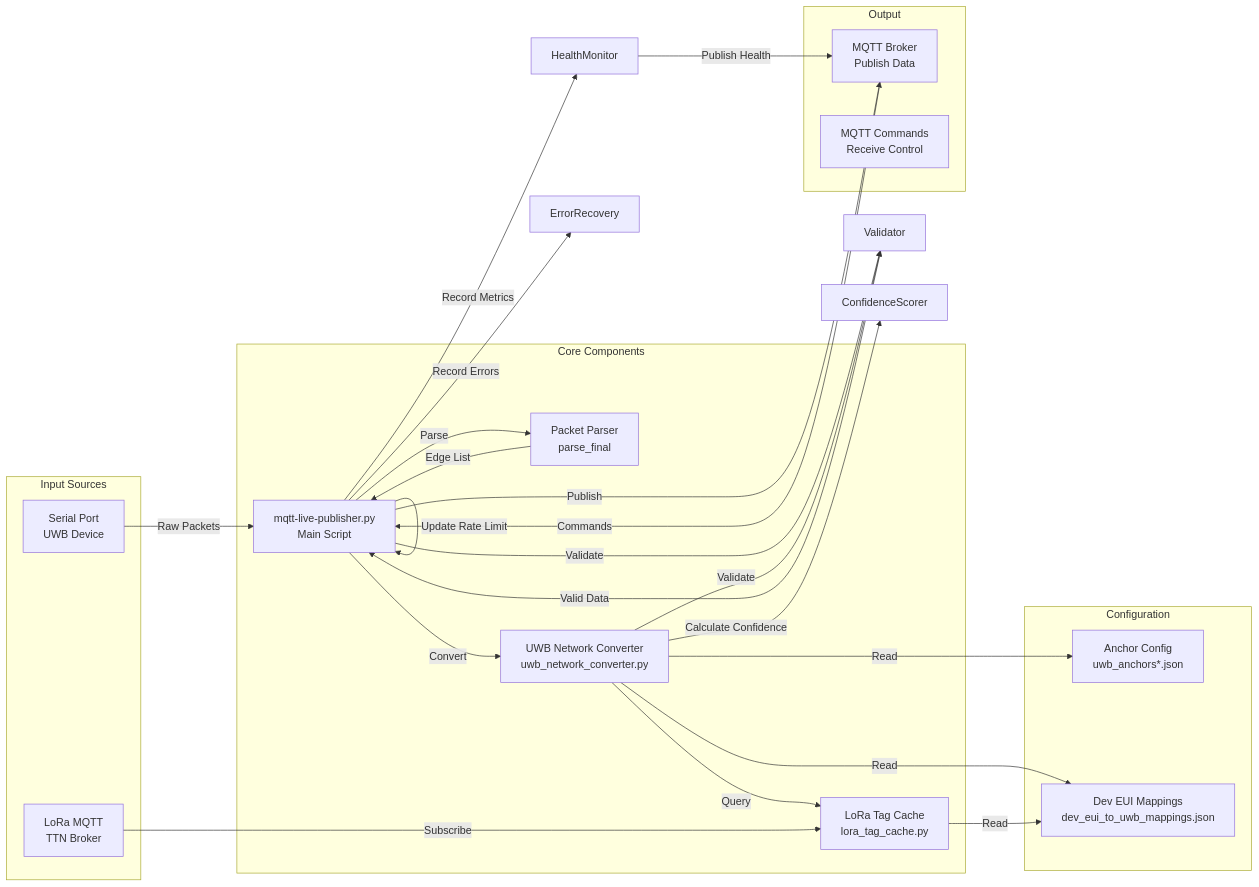
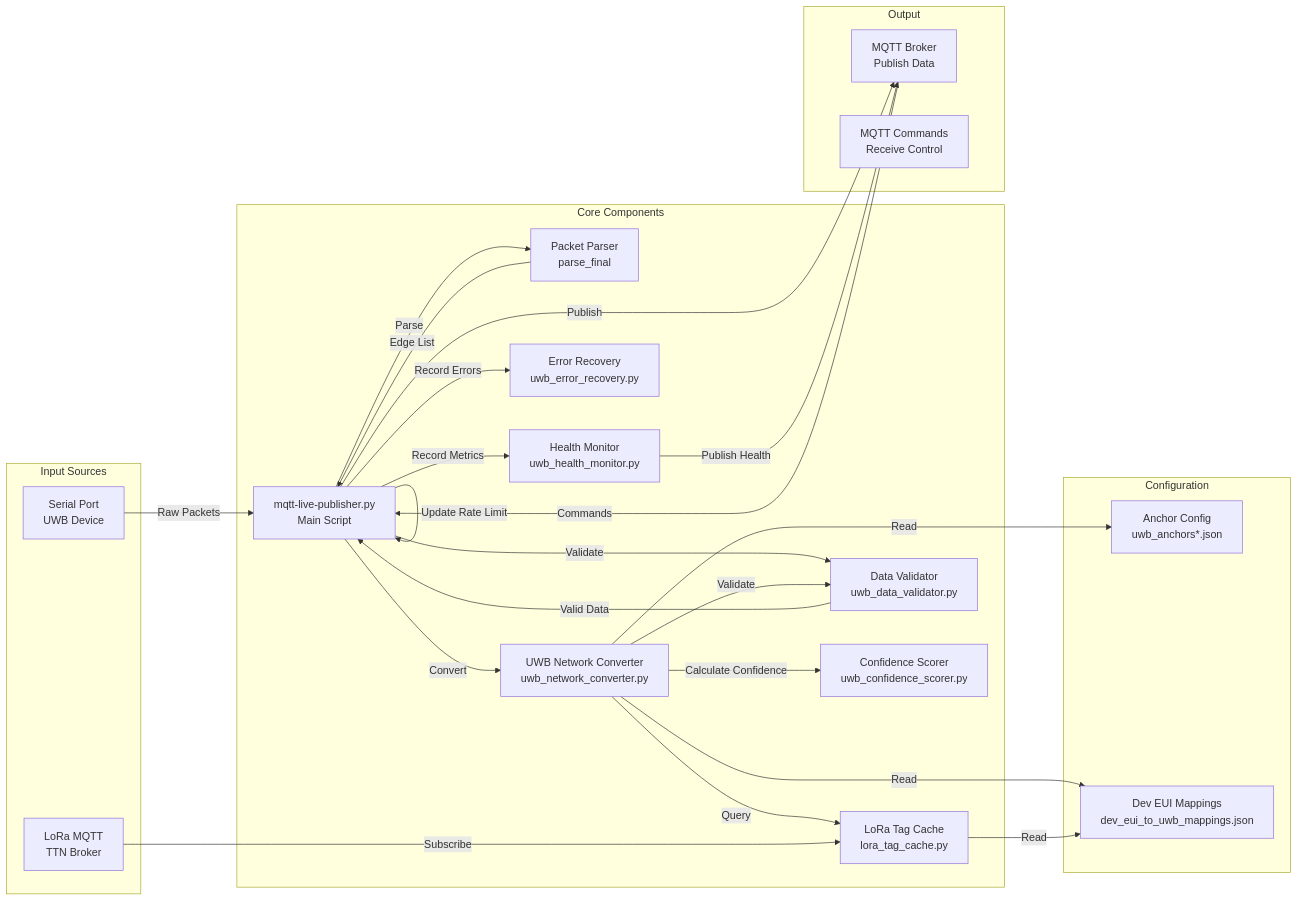
One commit to DynamicDevices/uwb-mqtt-publisher changed the third of 7 diagrams in PROGRAM_FLOW.md. Above: the diagram before and after it, drawn with Mermaid. The commit also changed other lines of this file, not shown here.

````diff
--- a/PROGRAM_FLOW.md
+++ b/PROGRAM_FLOW.md
@@ -138,44 +146,48 @@
 ```mermaid
 graph LR
     subgraph "Input Sources"
         Serial[Serial Port<br/>UWB Device]
         LoRaMQTT[LoRa MQTT<br/>TTN Broker]
     end
     
     subgraph "Core Components"
         Main[mqtt-live-publisher.py<br/>Main Script]
         Parser[Packet Parser<br/>parse_final]
         Converter[UWB Network Converter<br/>uwb_network_converter.py]
         Cache[LoRa Tag Cache<br/>lora_tag_cache.py]
+        ErrorRecovery[Error Recovery<br/>uwb_error_recovery.py]
+        HealthMonitor[Health Monitor<br/>uwb_health_monitor.py]
+        Validator[Data Validator<br/>uwb_data_validator.py]
+        ConfidenceScorer[Confidence Scorer<br/>uwb_confidence_scorer.py]
     end
     
     subgraph "Output"
         MQTTBroker[MQTT Broker<br/>Publish Data]
         MQTTCommands[MQTT Commands<br/>Receive Control]
     end
     
     subgraph "Configuration"
         AnchorConfig[Anchor Config<br/>uwb_anchors*.json]
         DevEUIMap[Dev EUI Mappings<br/>dev_eui_to_uwb_mappings.json]
     end
     
     Serial -->|Raw Packets| Main
     Main -->|Parse| Parser
     Parser -->|Edge List| Main
     Main -->|Validate| Validator
     Validator -->|Valid Data| Main
     Main -->|Convert| Converter
     Converter -->|Read| AnchorConfig
     Converter -->|Query| Cache
     Converter -->|Validate| Validator
     Converter -->|Calculate Confidence| ConfidenceScorer
     Converter -->|Read| DevEUIMap
     LoRaMQTT -->|Subscribe| Cache
     Cache -->|Read| DevEUIMap
     Main -->|Record Errors| ErrorRecovery
     Main -->|Record Metrics| HealthMonitor
     Main -->|Publish| MQTTBroker
     HealthMonitor -->|Publish Health| MQTTBroker
     MQTTBroker -->|Commands| Main
     Main -->|Update Rate Limit| Main
 ```
````
